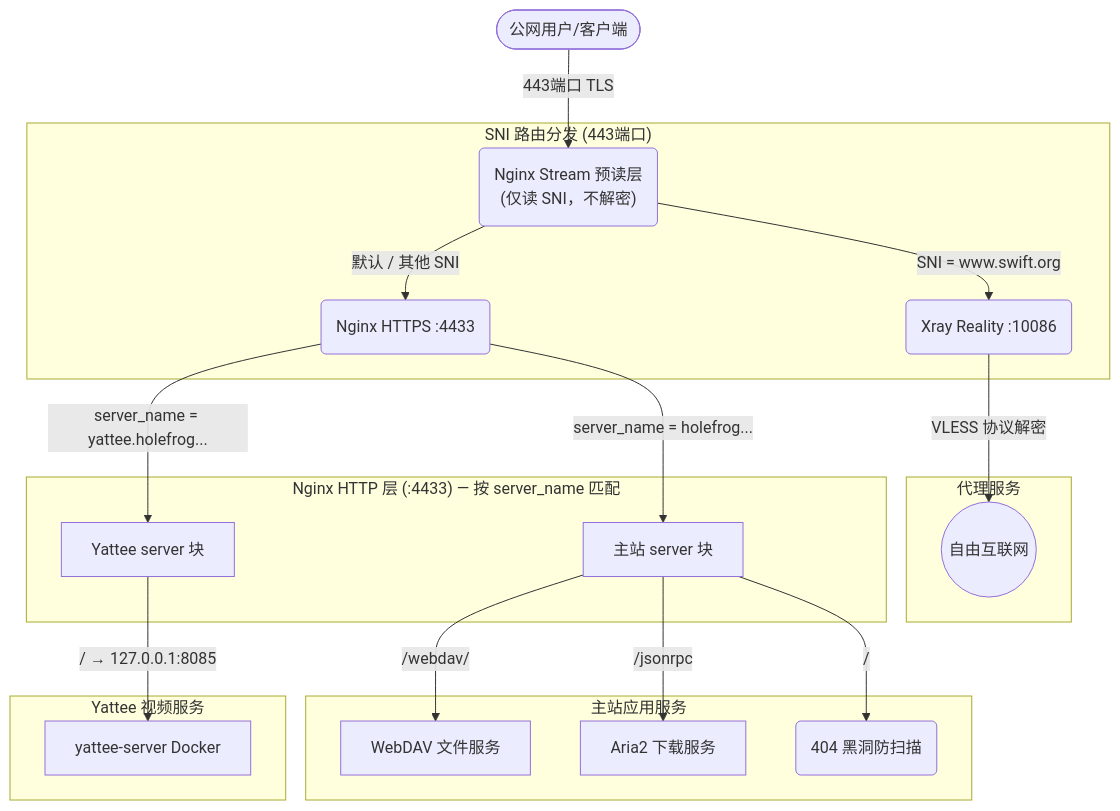
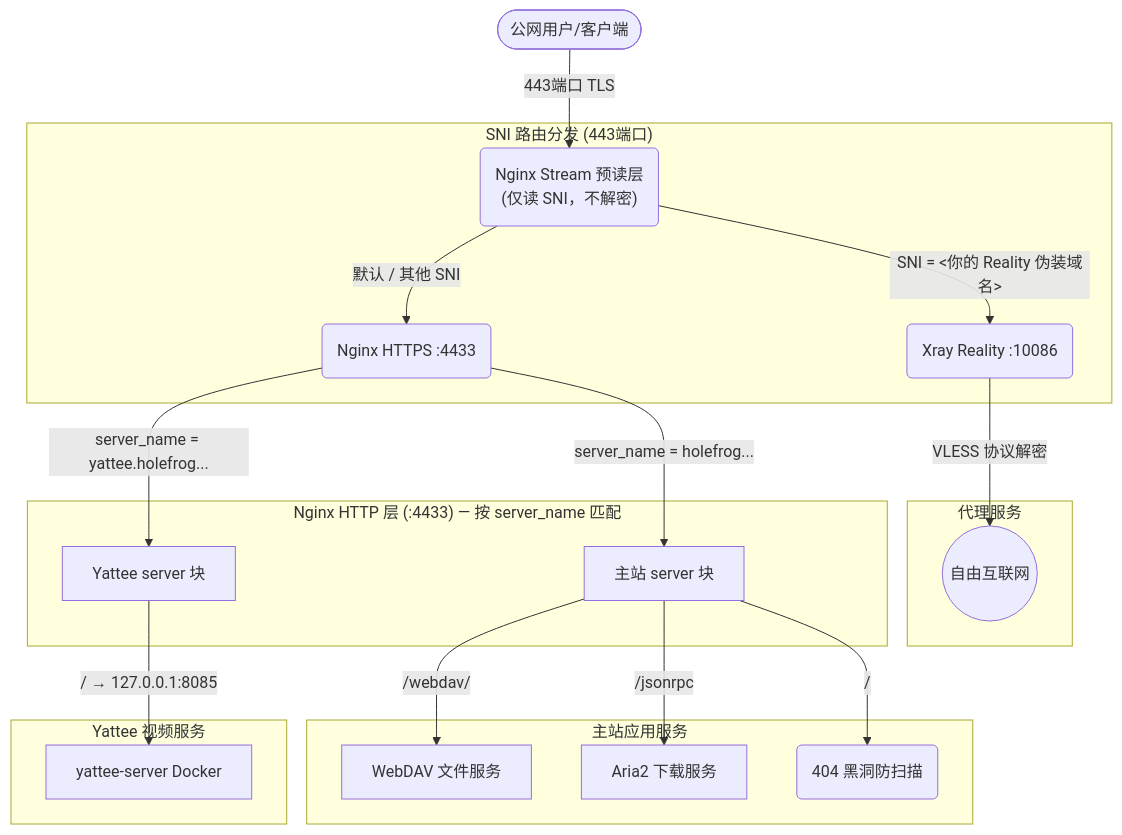
The diagram in README.md (holefrog/Ansible_RackNerd), drawn with Mermaid before and after one commit.

Commit message:
docs: update installation and configuration instructions in README.md

````diff
--- a/README.md
+++ b/README.md
@@ -20,28 +20,28 @@
 ```mermaid
 graph TD
     User(["公网用户/客户端"]) -->|"443端口 TLS"| Nginx_Stream("Nginx Stream 预读层<br/>(仅读 SNI，不解密)")
     
     subgraph sni_router ["SNI 路由分发 (443端口)"]
-        Nginx_Stream -->|"SNI = www.swift.org"| Xray("Xray Reality :10086")
+        Nginx_Stream -->|"SNI = <你的 Reality 伪装域名>"| Xray("Xray Reality :10086")
         Nginx_Stream -->|"默认 / 其他 SNI"| Port_4433("Nginx HTTPS :4433")
     end
     
     subgraph proxy_service ["代理服务"]
         Xray -->|"VLESS 协议解密"| Target_Internet(("自由互联网"))
     end
     
     subgraph http_layer ["Nginx HTTP 层 (:4433) — 按 server_name 匹配"]
         Port_4433 -->|"server_name = holefrog..."| Main_Server["主站 server 块"]
         Port_4433 -->|"server_name = yattee.holefrog..."| Yattee_Server["Yattee server 块"]
     end
 
     subgraph app_service ["主站应用服务"]
         Main_Server -->|"/webdav/"| WebDAV["WebDAV 文件服务"]
         Main_Server -->|"/jsonrpc"| Aria2["Aria2 下载服务"]
         Main_Server -->|"/"| Fallback("404 黑洞防扫描")
     end
 
     subgraph yattee_service ["Yattee 视频服务"]
         Yattee_Server -->|"/ → 127.0.0.1:8085"| Yattee_Docker["yattee-server Docker"]
     end
 ```
````
